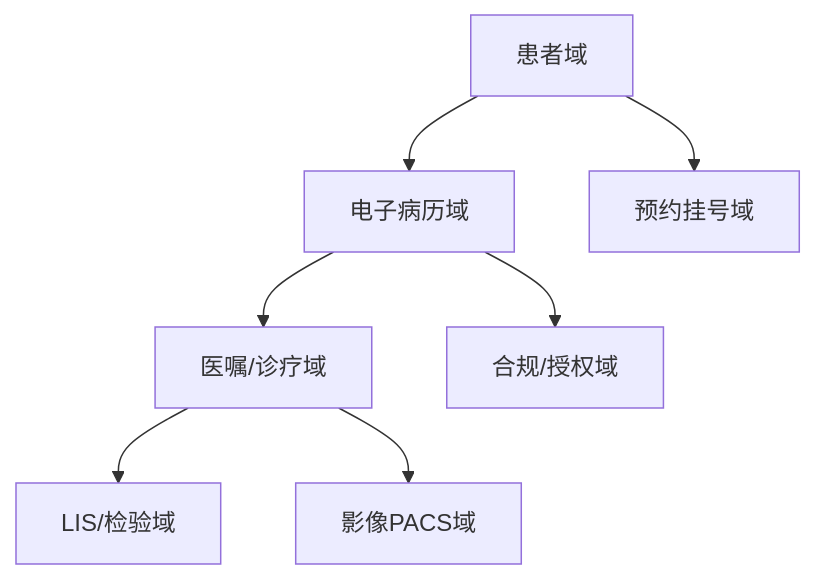
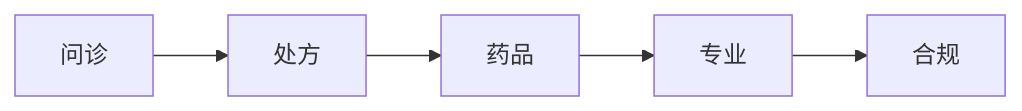
The diagram in 业务模型/医疗健康业务模型.md (tghrxxxyyy/knowledge-base), drawn with Mermaid before and after one commit. The commit also changed other lines of this file and 259 other files, not shown here.

````diff
--- a/业务模型/医疗健康业务模型.md
+++ b/业务模型/医疗健康业务模型.md
@@ -11,9 +19,9 @@
 ```mermaid
-flowchart TD
-    P[患者域] --> E[电子病历域]
-    E --> O[医嘱/诊疗域]
-    O --> L[LIS/检验域]
-    O --> Img[影像PACS域]
-    P --> A[预约挂号域]
-    E --> Auth[合规/授权域]
+flowchart LR
+    A[问诊]
+    B[处方]
+    C[药品]
+    D[专业]
+    E[合规]
+    A --> B --> C --> D --> E
 ```
````
